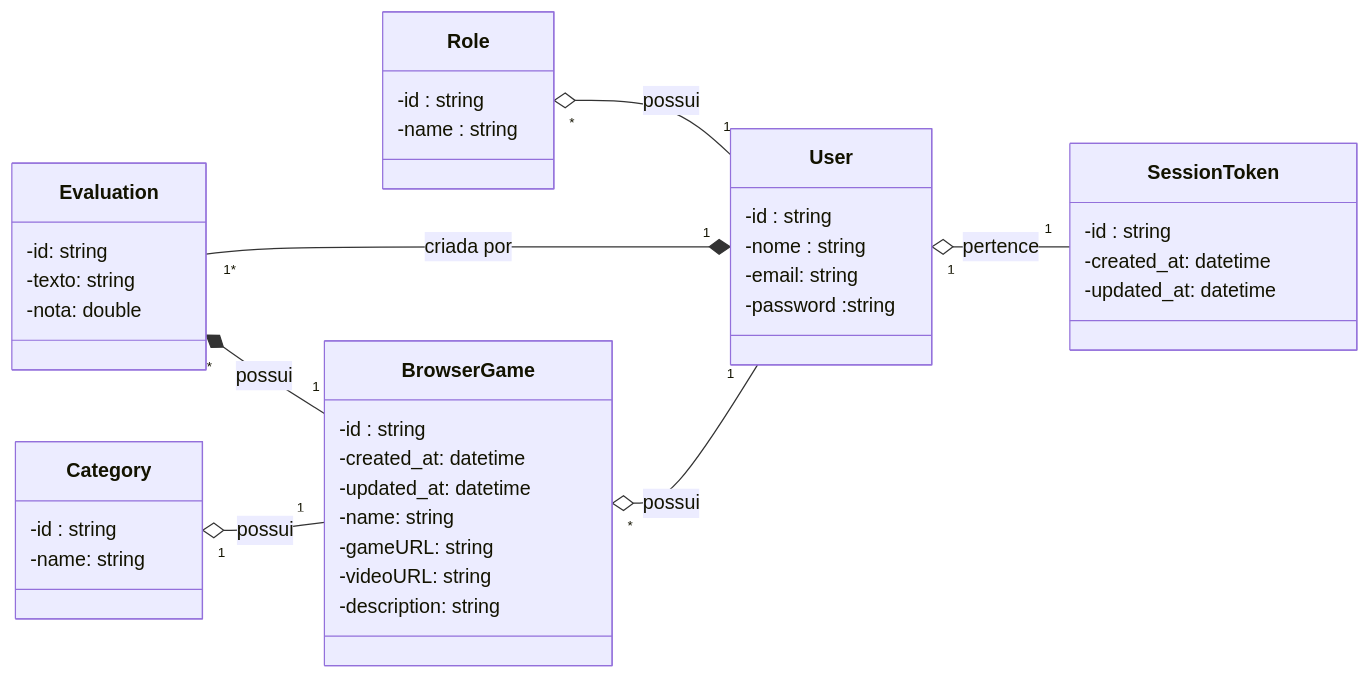
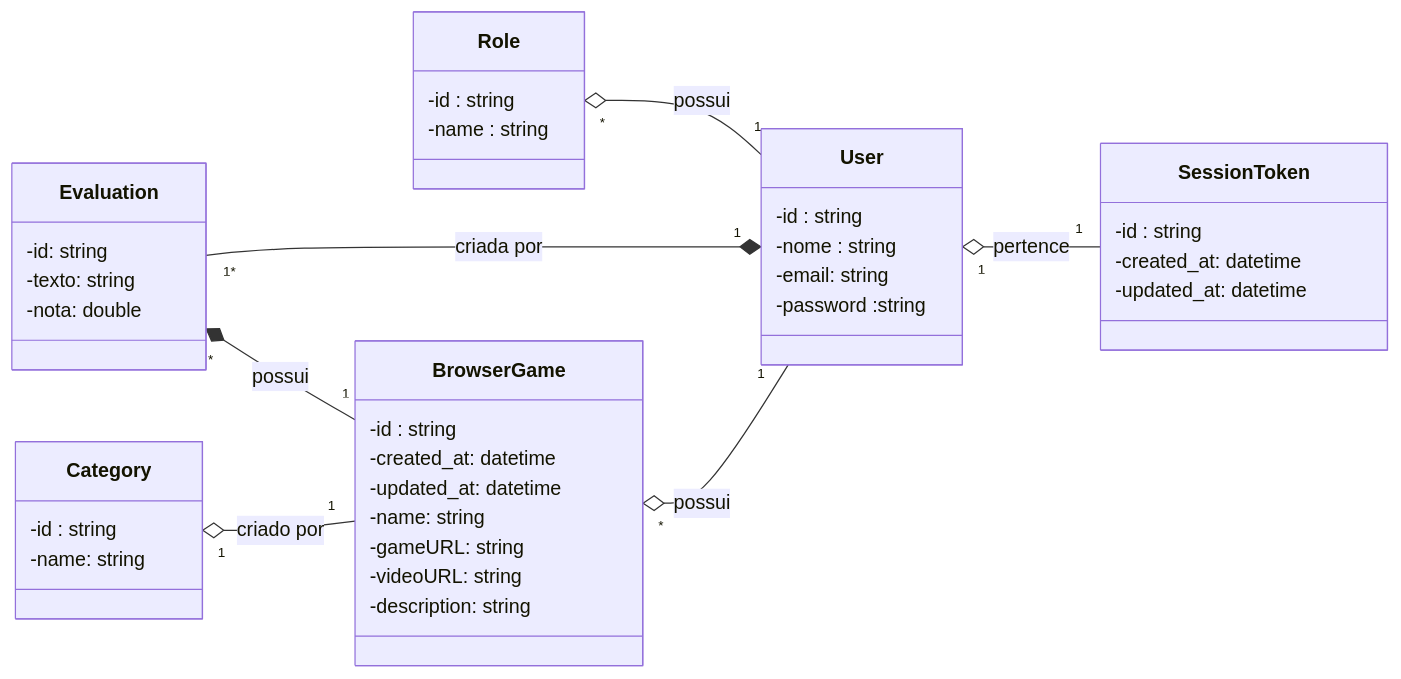
Before and after one commit to NoExceptions/goodbrowsergames: the diagram in docs/backend.md, drawn with Mermaid.

````diff
--- a/docs/backend.md
+++ b/docs/backend.md
@@ -7,46 +7,46 @@
 ```mermaid
 classDiagram
   direction RL
   class User {
     -id : string
     -nome : string
     -email: string
     -password :string
   }
   class Role{
     -id : string
     -name : string
   }
   class SessionToken{
     -id : string
     -created_at: datetime
     -updated_at: datetime
   }
 
     class BrowserGame{
     -id : string
     -created_at: datetime
     -updated_at: datetime
     -name: string
     -gameURL: string
     -videoURL: string
     -description: string
   }
 
 class Evaluation{
     -id: string
     -texto: string
     -nota: double
 }
 
 class Category{
     -id : string
     -name: string
 }
   User "1" --o "*" Role : possui
   User "1" --o "*" BrowserGame : possui
   SessionToken "1" --o "1" User : pertence
   BrowserGame "1" --* "*" Evaluation : possui
-  BrowserGame "1" --o "1" Category : possui
+  BrowserGame "1" --o "1" Category : criado por
   Evaluation "1*" --* "1" User : criada por
   ```
````
